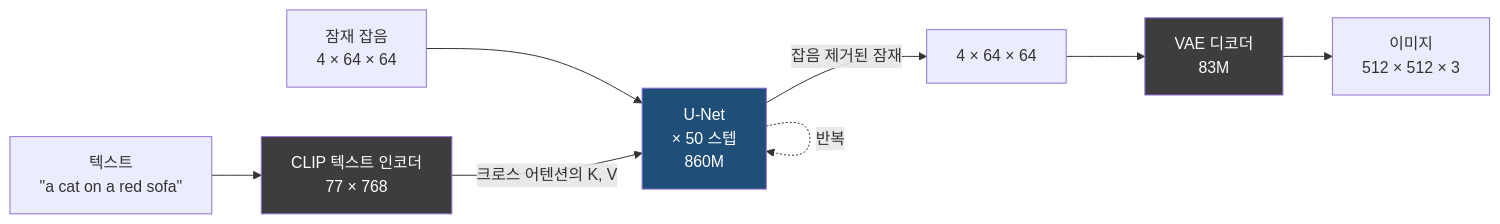
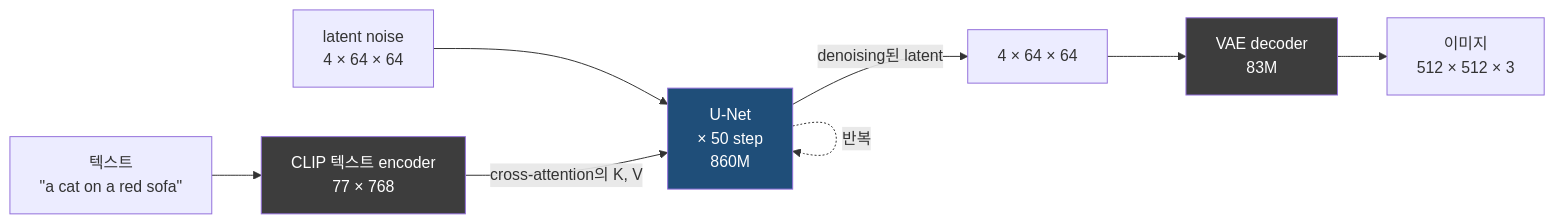
One commit to yuvjjang/aiml_studybook changed the diagram in chapters/06_generative/07_latent_diffusion.qmd. Above: the diagram before and after it, drawn with Mermaid. The commit also changed other lines of this file, not shown here.

Commit message:
6.7 latent diffusion 풀어쓰기: perceptual/semantic compression·cross-attention·DiT 영문 용어와 비유 추가

````diff
--- a/chapters/06_generative/07_latent_diffusion.qmd
+++ b/chapters/06_generative/07_latent_diffusion.qmd
@@ -422,15 +425,15 @@
 ```{mermaid}
 %%| label: fig-sd-arch
-%%| fig-cap: "Stable Diffusion 1.5 의 데이터 흐름 — 파란 U-Net 만 학습, 나머지 둘은 동결"
+%%| fig-cap: "Stable Diffusion 1.5의 데이터 흐름 — 파란 U-Net만 학습, 나머지 둘은 동결"
 flowchart LR
-  T["텍스트<br/>&quot;a cat on a red sofa&quot;"] --> CLIP["CLIP 텍스트 인코더<br/>77 × 768"]
-  Z0["잠재 잡음<br/>4 × 64 × 64"] --> UNET
-  CLIP -->|크로스 어텐션의 K, V| UNET["U-Net<br/>× 50 스텝<br/>860M"]
-  UNET -->|"잡음 제거된 잠재"| ZT["4 × 64 × 64"]
-  ZT --> VAE["VAE 디코더<br/>83M"]
+  T["텍스트<br/>&quot;a cat on a red sofa&quot;"] --> CLIP["CLIP 텍스트 encoder<br/>77 × 768"]
+  Z0["latent noise<br/>4 × 64 × 64"] --> UNET
+  CLIP -->|cross-attention의 K, V| UNET["U-Net<br/>× 50 step<br/>860M"]
+  UNET -->|"denoising된 latent"| ZT["4 × 64 × 64"]
+  ZT --> VAE["VAE decoder<br/>83M"]
   VAE --> IMG["이미지<br/>512 × 512 × 3"]
   UNET -.->|반복| UNET
   style CLIP fill:#3D3D3D,color:#fff
   style VAE fill:#3D3D3D,color:#fff
   style UNET fill:#1F4E79,color:#fff
 ```
````
